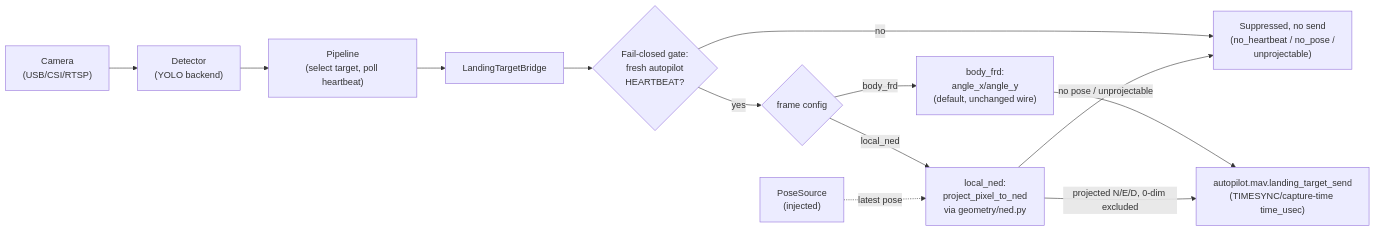
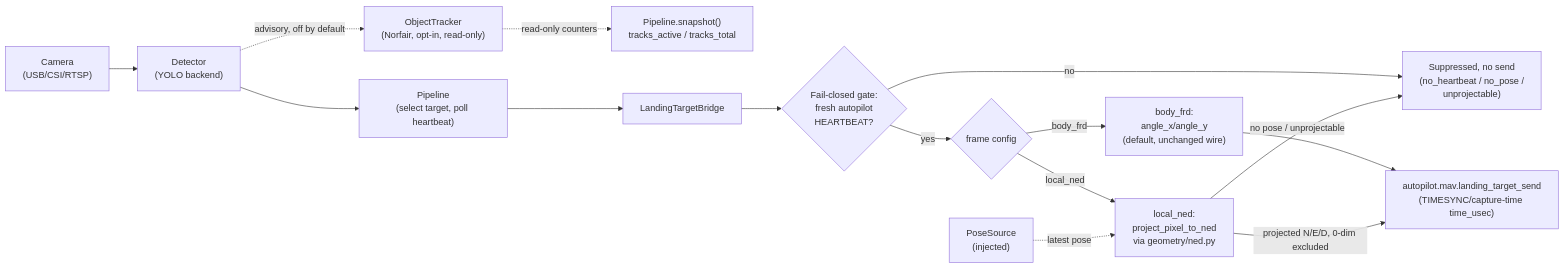
One commit to ianshank/GCP-Drone-Comms-Unit changed the fifth of 6 diagrams in docs/C4.md. Above: the diagram before and after it, drawn with Mermaid. The commit also changed other lines of this file and 6 other files, not shown here.

First line of the commit message:
docs: reflect the tracker across C4/architecture/README/skills + validations

````diff
--- a/docs/C4.md
+++ b/docs/C4.md
@@ -150,24 +150,28 @@
 ```mermaid
 flowchart LR
     cam["Camera<br/>(USB/CSI/RTSP)"]
     det["Detector<br/>(YOLO backend)"]
+    track["ObjectTracker<br/>(Norfair, opt-in, read-only)"]
+    snap["Pipeline.snapshot()<br/>tracks_active / tracks_total"]
     pipe["Pipeline<br/>(select target, poll heartbeat)"]
     bridge["LandingTargetBridge"]
     gate{"Fail-closed gate:<br/>fresh autopilot<br/>HEARTBEAT?"}
     frame{"frame config"}
     frd["body_frd:<br/>angle_x/angle_y<br/>(default, unchanged wire)"]
     ned["local_ned:<br/>project_pixel_to_ned<br/>via geometry/ned.py"]
     pose["PoseSource<br/>(injected)"]
     suppress["Suppressed, no send<br/>(no_heartbeat / no_pose /<br/>unprojectable)"]
     send["autopilot.mav.landing_target_send<br/>(TIMESYNC/capture-time time_usec)"]
 
     cam --> det --> pipe --> bridge
+    det -.->|advisory, off by default| track
+    track -.->|read-only counters| snap
     bridge --> gate
     gate -->|no| suppress
     gate -->|yes| frame
     frame -->|body_frd| frd --> send
     frame -->|local_ned| ned
     pose -.->|latest pose| ned
     ned -->|no pose / unprojectable| suppress
     ned -->|projected N/E/D, 0-dim excluded| send
 ```
````
